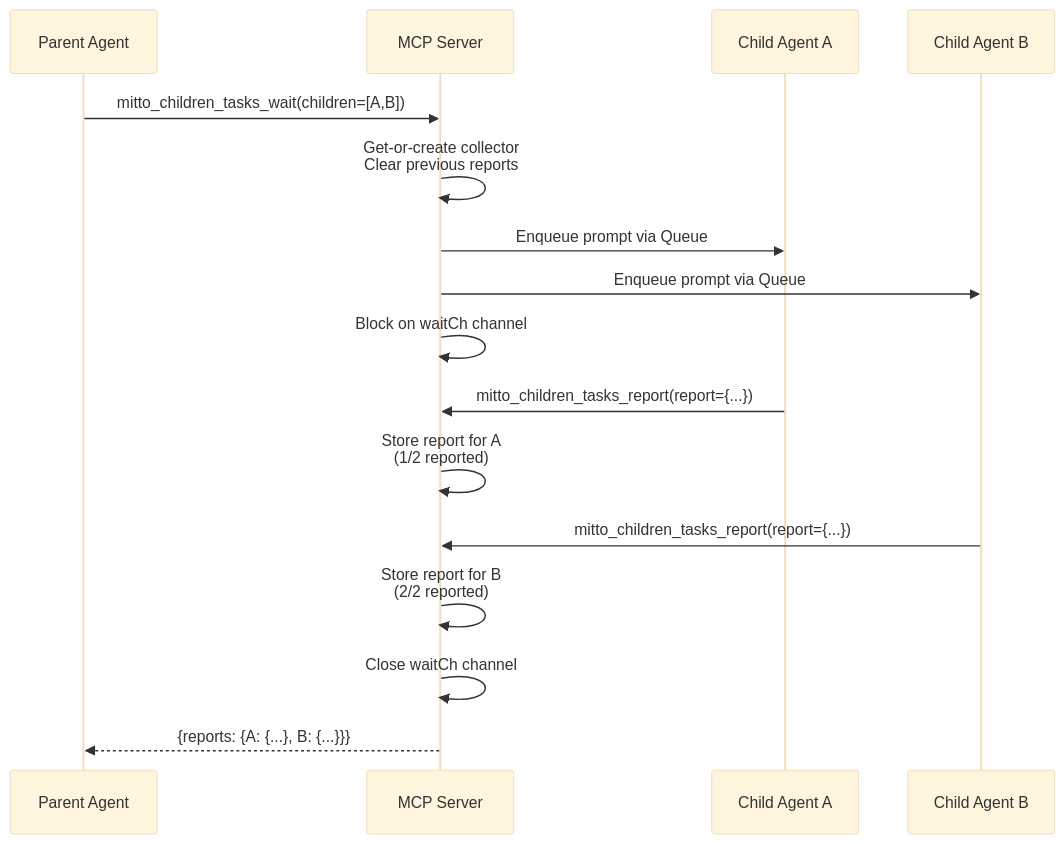
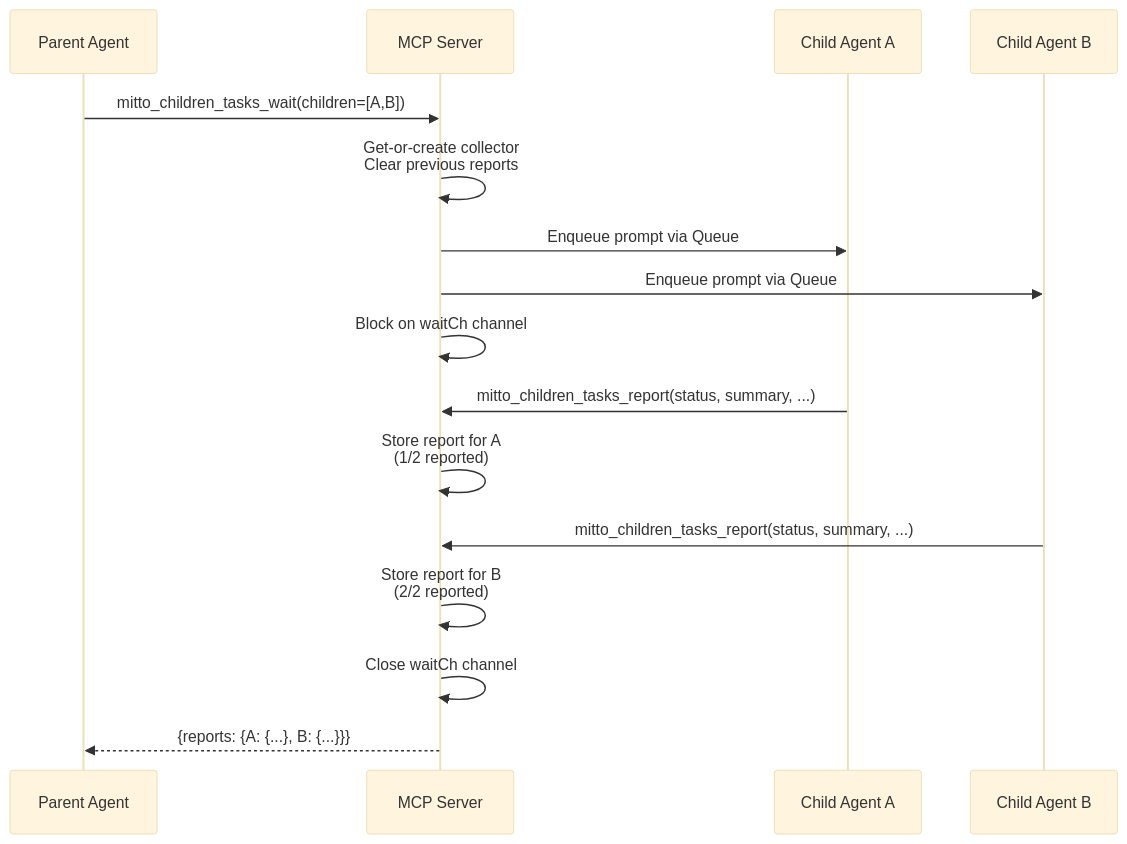
One commit to inercia/mitto changed the second of 4 diagrams in docs/devel/mcp.md. Above: the diagram before and after it, drawn with Mermaid (base theme). The commit also changed other lines of this file and 9 other files, not shown here.

````diff
--- a/docs/devel/mcp.md
+++ b/docs/devel/mcp.md
@@ -610,22 +614,22 @@
 ```mermaid
 sequenceDiagram
     participant Parent as Parent Agent
     participant MCP as MCP Server
     participant Child1 as Child Agent A
     participant Child2 as Child Agent B
 
     Parent->>MCP: mitto_children_tasks_wait(children=[A,B])
     MCP->>MCP: Get-or-create collector<br/>Clear previous reports
     MCP->>Child1: Enqueue prompt via Queue
     MCP->>Child2: Enqueue prompt via Queue
     MCP->>MCP: Block on waitCh channel
 
-    Child1->>MCP: mitto_children_tasks_report(report={...})
+    Child1->>MCP: mitto_children_tasks_report(status, summary, ...)
     MCP->>MCP: Store report for A<br/>(1/2 reported)
 
-    Child2->>MCP: mitto_children_tasks_report(report={...})
+    Child2->>MCP: mitto_children_tasks_report(status, summary, ...)
     MCP->>MCP: Store report for B<br/>(2/2 reported)
     MCP->>MCP: Close waitCh channel
 
     MCP-->>Parent: {reports: {A: {...}, B: {...}}}
 ```
````
